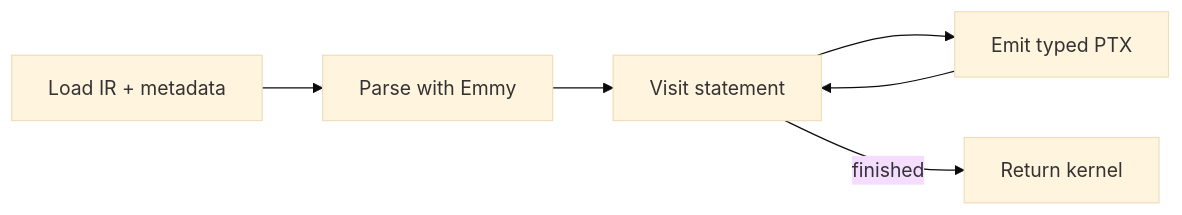
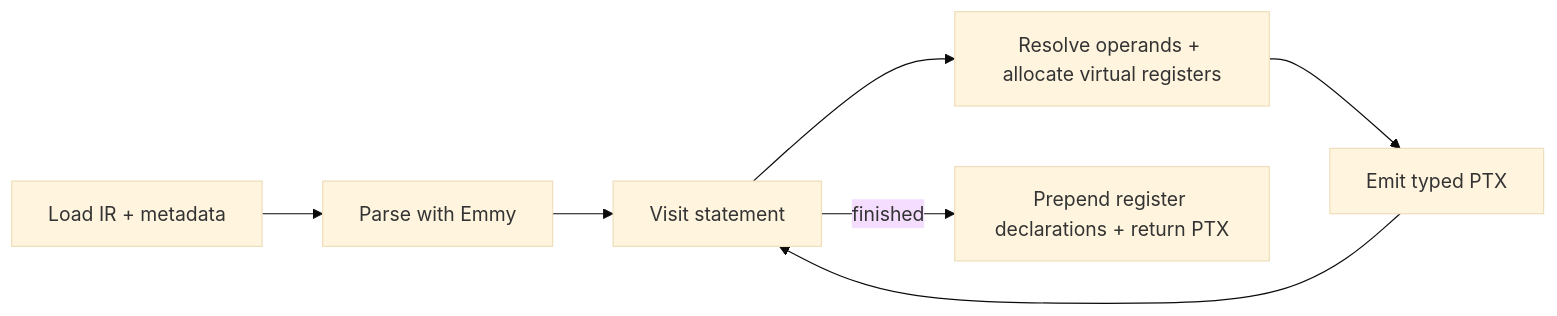
Before and after one commit to Ali-Nawed/emmy-ptx-compiler: the second of 2 diagrams in PRESENTATION_WALKTHROUGH.md, drawn with Mermaid (base theme). The commit also changed other lines of this file, not shown here.

Commit message:
Explain virtual register tracking and declarations in walkthrough

````diff
--- a/PRESENTATION_WALKTHROUGH.md
+++ b/PRESENTATION_WALKTHROUGH.md
@@ -37,8 +37,9 @@
 ```mermaid
 flowchart LR
     A[Load IR + metadata] --> B[Parse with Emmy]
     B --> C[Visit statement]
-    C --> D[Emit typed PTX]
-    D --> C
-    C -->|finished| E[Return kernel]
+    C --> D[Resolve operands + allocate virtual registers]
+    D --> G[Emit typed PTX]
+    G --> C
+    C -->|finished| E[Prepend register declarations + return PTX]
 ```
````
